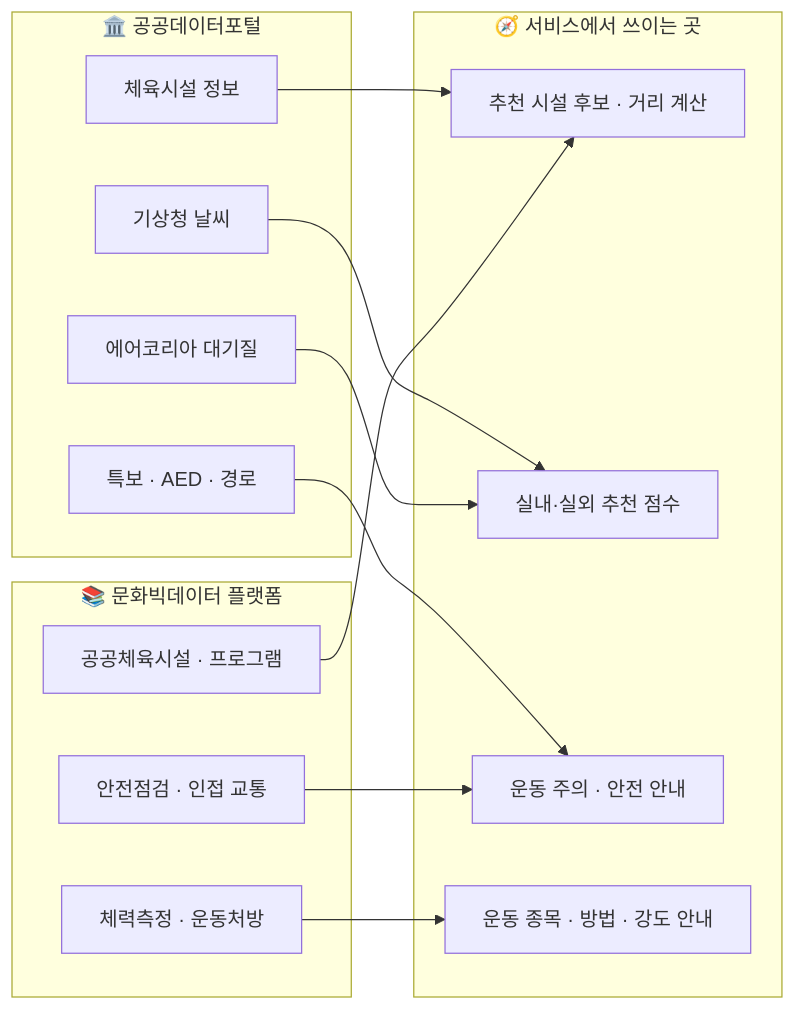
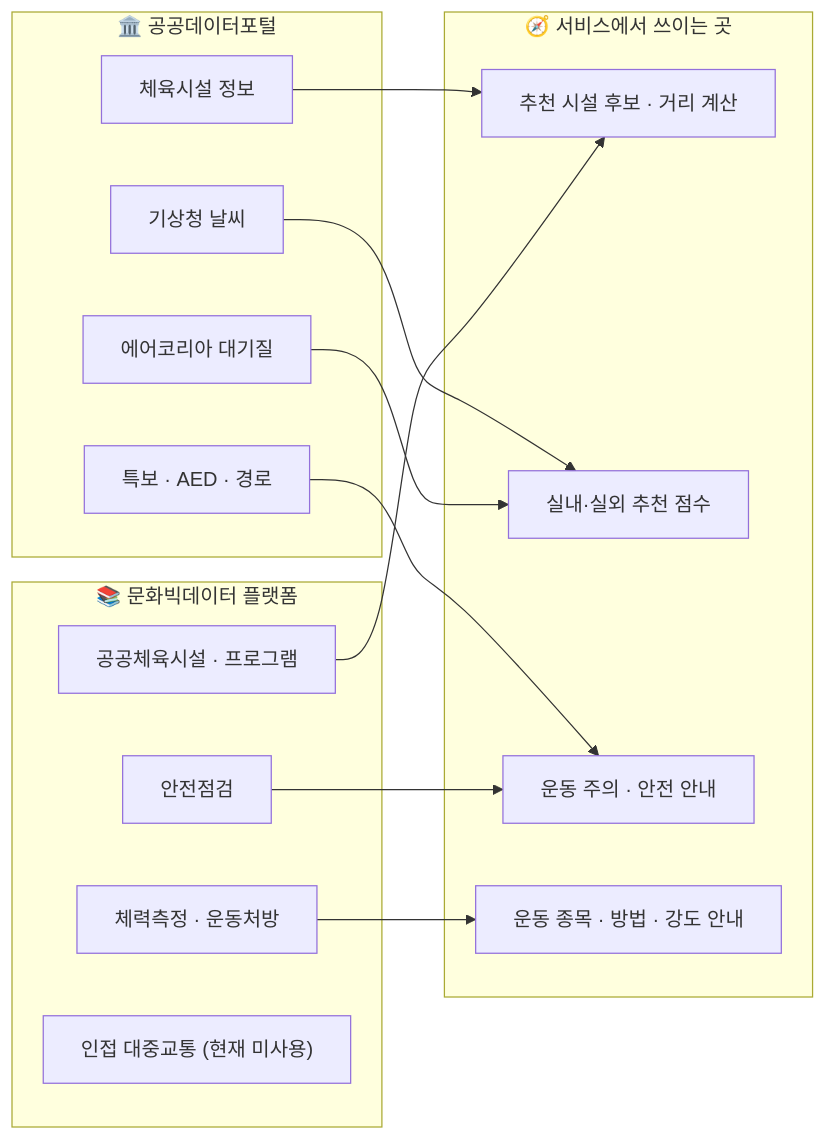
One commit to encore-ai-campus/mlo-02-p1-team3 changed the third of 19 diagrams in README.md. Above: the diagram before and after it, drawn with Mermaid. The commit also changed other lines of this file, not shown here.

Commit message:
docs: document current data usage and AI coach flow

````diff
--- a/README.md
+++ b/README.md
@@ -198,27 +198,28 @@
 ```mermaid
 flowchart LR
     subgraph P["🏛️ 공공데이터포털"]
         P1["체육시설 정보"]
         P2["기상청 날씨"]
         P3["에어코리아 대기질"]
         P4["특보 · AED · 경로"]
     end
     subgraph C["📚 문화빅데이터 플랫폼"]
         C1["공공체육시설 · 프로그램"]
-        C2["안전점검 · 인접 교통"]
+        C2["안전점검"]
         C3["체력측정 · 운동처방"]
+        C4["인접 대중교통 (현재 미사용)"]
     end
     subgraph U["🧭 서비스에서 쓰이는 곳"]
         U1["추천 시설 후보 · 거리 계산"]
         U2["실내·실외 추천 점수"]
         U3["운동 주의 · 안전 안내"]
         U4["운동 종목 · 방법 · 강도 안내"]
     end
     P1 --> U1
     P2 --> U2
     P3 --> U2
     P4 --> U3
     C1 --> U1
     C2 --> U3
     C3 --> U4
 ```
````
